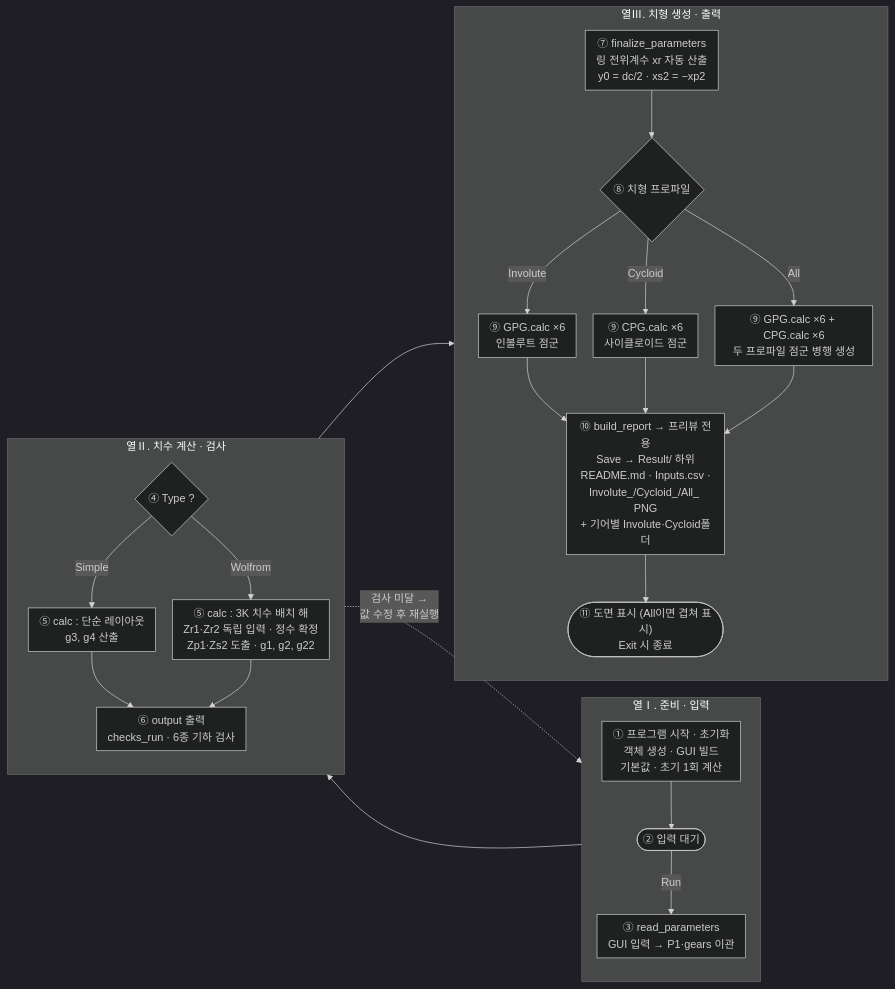
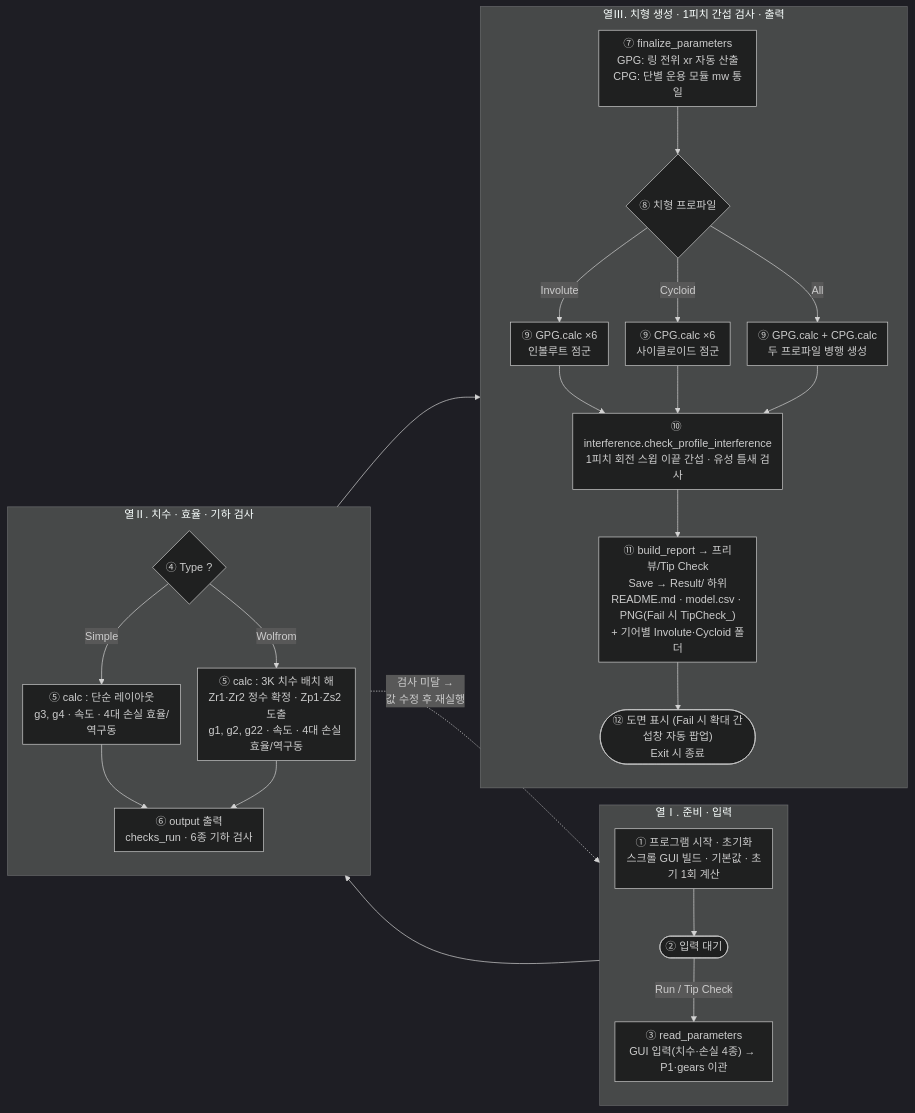
The first of 3 diagrams in MANUAL.md (dymaxionkim/PGS), drawn with Mermaid (dark theme) before and after one commit. The commit also changed other lines of this file and 5 other files, not shown here.

````diff
--- a/MANUAL.md
+++ b/MANUAL.md
@@ -819,33 +1014,34 @@
 ```mermaid
 %%{init: {"flowchart": {"nodeSpacing": 25, "rankSpacing": 45, "padding": 8}}}%%
 flowchart LR
     subgraph COL1["열Ⅰ. 준비 · 입력"]
         direction TB
-        S1["① 프로그램 시작 · 초기화<br/>객체 생성 · GUI 빌드<br/>기본값 · 초기 1회 계산"] --> S2(["② 입력 대기"])
-        S2 -->|"Run"| S3["③ read_parameters<br/>GUI 입력 → P1·gears 이관"]
+        S1["① 프로그램 시작 · 초기화<br/>스크롤 GUI 빌드 · 기본값 · 초기 1회 계산"] --> S2(["② 입력 대기"])
+        S2 -->|"Run / Tip Check"| S3["③ read_parameters<br/>GUI 입력(치수·손실 4종) → P1·gears 이관"]
     end
 
-    subgraph COL2["열Ⅱ. 치수 계산 · 검사"]
+    subgraph COL2["열Ⅱ. 치수 · 효율 · 기하 검사"]
         direction TB
-        S4{"④ Type ?"} -->|"Simple"| S5a["⑤ calc : 단순 레이아웃<br/>g3, g4 산출"]
-        S4 -->|"Wolfrom"| S5b["⑤ calc : 3K 치수 배치 해<br/>Zr1·Zr2 독립 입력 · 정수 확정<br/>Zp1·Zs2 도출 · g1, g2, g22"]
+        S4{"④ Type ?"} -->|"Simple"| S5a["⑤ calc : 단순 레이아웃<br/>g3, g4 · 속도 · 4대 손실 효율/역구동"]
+        S4 -->|"Wolfrom"| S5b["⑤ calc : 3K 치수 배치 해<br/>Zr1·Zr2 정수 확정 · Zp1·Zs2 도출<br/>g1, g2, g22 · 속도 · 4대 손실 효율/역구동"]
         S5a --> S6["⑥ output 출력<br/>checks_run · 6종 기하 검사"]
         S5b --> S6
     end
 
-    subgraph COL3["열Ⅲ. 치형 생성 · 출력"]
+    subgraph COL3["열Ⅲ. 치형 생성 · 1피치 간섭 검사 · 출력"]
         direction TB
-        S7["⑦ finalize_parameters<br/>링 전위계수 xr 자동 산출<br/>y0 = dc/2 · xs2 = −xp2"] --> S8{"⑧ 치형 프로파일"}
+        S7["⑦ finalize_parameters<br/>GPG: 링 전위 xr 자동 산출<br/>CPG: 단별 운용 모듈 mw 통일"] --> S8{"⑧ 치형 프로파일"}
         S8 -->|"Involute"| S9a["⑨ GPG.calc ×6<br/>인볼루트 점군"]
         S8 -->|"Cycloid"| S9b["⑨ CPG.calc ×6<br/>사이클로이드 점군"]
-        S8 -->|"All"| S9c["⑨ GPG.calc ×6 + CPG.calc ×6<br/>두 프로파일 점군 병행 생성"]
-        S9a --> S10["⑩ build_report → 프리뷰 전용<br/>Save → Result/ 하위<br/>README.md · Inputs.csv ·<br/>Involute_/Cycloid_/All_ PNG<br/>+ 기어별 Involute·Cycloid폴더"]
-        S9b --> S10
-        S9c --> S10
-        S10 --> S11(["⑪ 도면 표시 (All이면 겹쳐 표시)<br/>Exit 시 종료"])
+        S8 -->|"All"| S9c["⑨ GPG.calc + CPG.calc<br/>두 프로파일 병행 생성"]
+        S9a --> S9d["⑩ interference.check_profile_interference<br/>1피치 회전 스윕 이끝 간섭 · 유성 틈새 검사"]
+        S9b --> S9d
+        S9c --> S9d
+        S9d --> S10["⑪ build_report → 프리뷰/Tip Check<br/>Save → Result/ 하위<br/>README.md · model.csv · PNG(Fail 시 TipCheck_)<br/>+ 기어별 Involute·Cycloid 폴더"]
+        S10 --> S11(["⑫ 도면 표시 (Fail 시 확대 간섭창 자동 팝업)<br/>Exit 시 종료"])
     end
 
     COL1 --> COL2
     COL2 --> COL3
     COL2 -.->|"검사 미달 →<br/>값 수정 후 재실행"| COL1
 ```
````
